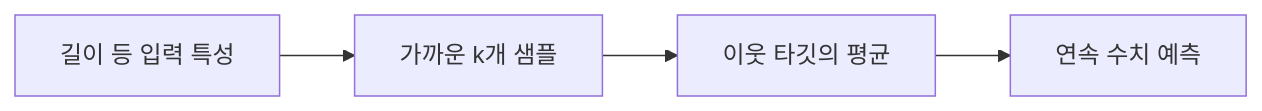
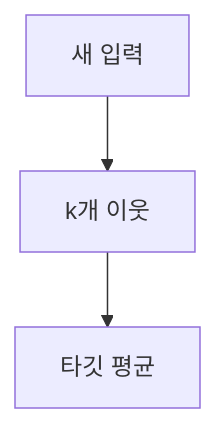
The diagram in ComputerScience/03_ai-ml-data/ml-projects/notes/02. K-최근접 이웃 회귀.md (umyunsang/edu), drawn with Mermaid before and after one commit. The commit also changed other lines of this file and 2 other files, not shown here.

````diff
--- a/ComputerScience/03_ai-ml-data/ml-projects/notes/02. K-최근접 이웃 회귀.md
+++ b/ComputerScience/03_ai-ml-data/ml-projects/notes/02. K-최근접 이웃 회귀.md
@@ -34,6 +19,5 @@
 ```mermaid
-flowchart LR
-    A[길이 등 입력 특성] --> B[가까운 k개 샘플]
-    B --> C[이웃 타깃의 평균]
-    C --> D[연속 수치 예측]
+flowchart TB
+    A[새 입력] --> B[k개 이웃]
+    B --> C[타깃 평균]
 ```
````
